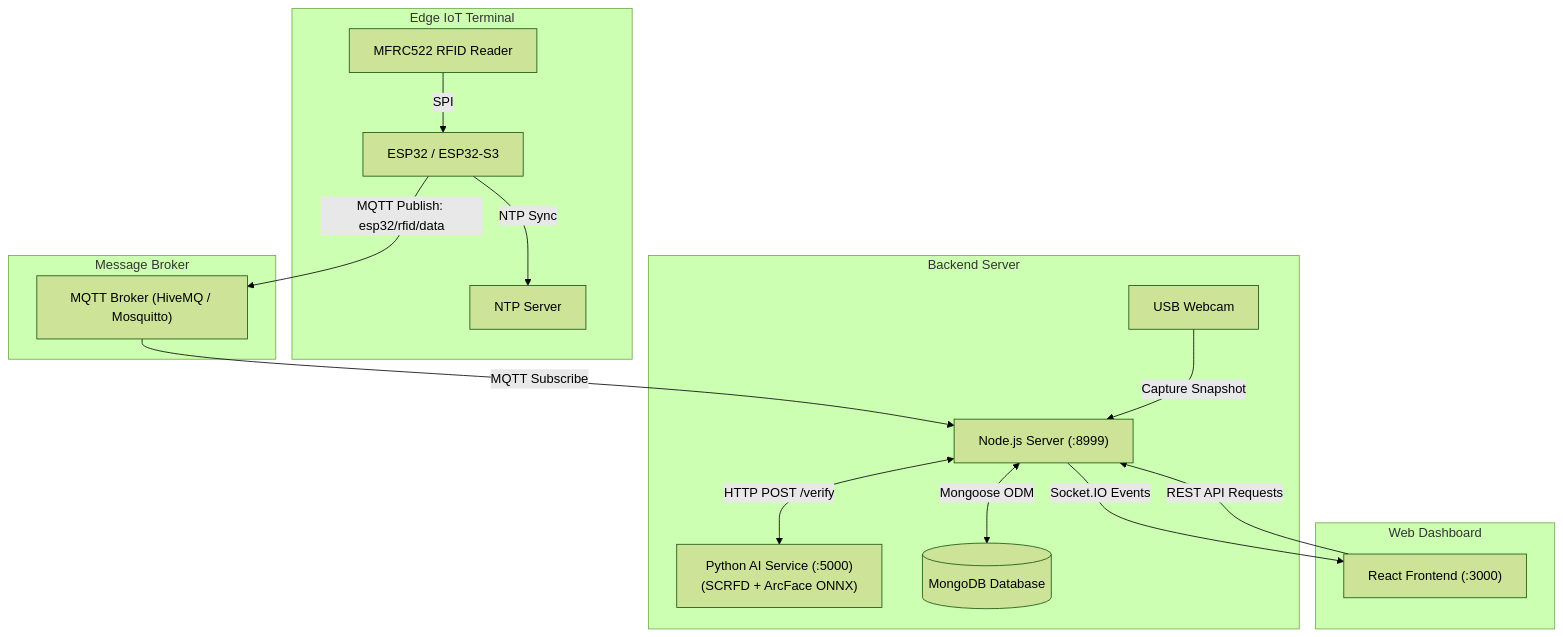
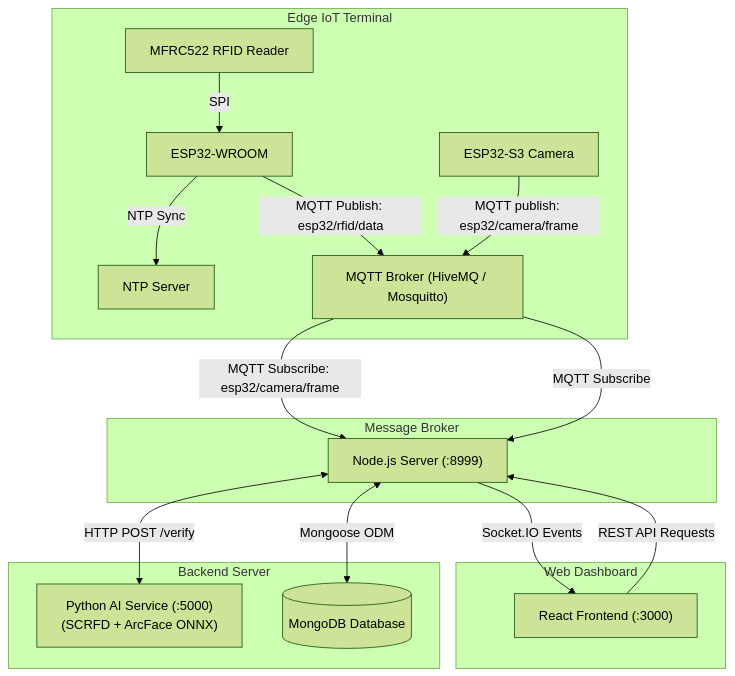
Before and after one commit to lehuy-bkict/RFID-S3_timekeeping: the diagram in README.md, drawn with Mermaid (forest theme). The commit also changed other lines of this file and 38 other files, not shown here.

````diff
--- a/README.md
+++ b/README.md
@@ -19,23 +19,24 @@
 ```mermaid
 flowchart TD
     subgraph Edge ["Edge IoT Terminal"]
-        RFID["MFRC522 RFID Reader"] -->|SPI| ESP32["ESP32 / ESP32-S3"]
-        ESP32 -->|NTP Sync| NTP["NTP Server"]
+        RFID["MFRC522 RFID Reader"] -->|SPI| WROOM["ESP32-WROOM"]
+        WROOM -->|NTP Sync| NTP["NTP Server"]
+        S3["ESP32-S3 Camera"] -->|MQTT publish: esp32/camera/frame| Broker
     end
 
     subgraph Communication ["Message Broker"]
-        ESP32 -->|MQTT Publish: esp32/rfid/data| Broker["MQTT Broker (HiveMQ / Mosquitto)"]
+        WROOM -->|MQTT Publish: esp32/rfid/data| Broker["MQTT Broker (HiveMQ / Mosquitto)"]
+        Broker -->|MQTT Subscribe: esp32/camera/frame| NodeServer
     end
 
     subgraph BackendSystem ["Backend Server"]
         Broker -->|MQTT Subscribe| NodeServer["Node.js Server (:8999)"]
-        Camera["USB Webcam"] -->|Capture Snapshot| NodeServer
         NodeServer <-->|HTTP POST /verify| AIService["Python AI Service (:5000)\n(SCRFD + ArcFace ONNX)"]
         NodeServer <-->|Mongoose ODM| MongoDB[("MongoDB Database")]
     end
 
     subgraph Presentation ["Web Dashboard"]
         NodeServer -->|Socket.IO Events| ReactApp["React Frontend (:3000)"]
         ReactApp -->|REST API Requests| NodeServer
     end
 ```
````
